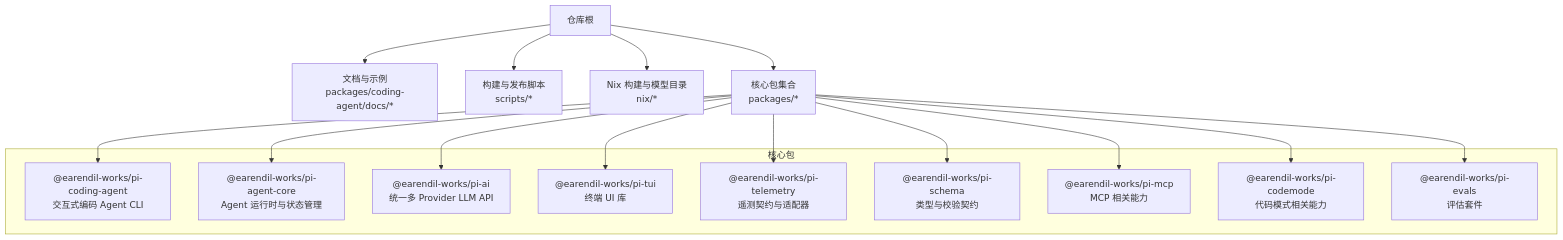
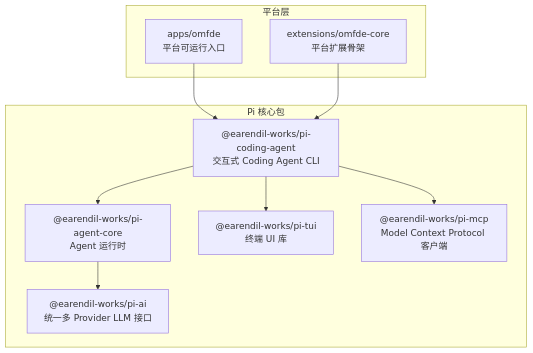
The first of 7 diagrams in .qoder/repowiki/zh/content/项目概述/项目介绍.md (FDE-GROUP/oh-my-coding-agent), drawn with Mermaid before and after one commit. The commit also changed other lines of this file and 755 other files, not shown here.

````diff
--- a/.qoder/repowiki/zh/content/项目概述/项目介绍.md
+++ b/.qoder/repowiki/zh/content/项目概述/项目介绍.md
@@ -65,27 +50,20 @@
 ```mermaid
 graph TB
-Root["仓库根"] --> Docs["文档与示例<br/>packages/coding-agent/docs/*"]
-Root --> Scripts["构建与发布脚本<br/>scripts/*"]
-Root --> Nix["Nix 构建与模型目录<br/>nix/*"]
-Root --> Packages["核心包集合<br/>packages/*"]
-subgraph "核心包"
-A["@earendil-works/pi-coding-agent<br/>交互式编码 Agent CLI"]
-B["@earendil-works/pi-agent-core<br/>Agent 运行时与状态管理"]
-C["@earendil-works/pi-ai<br/>统一多 Provider LLM API"]
-D["@earendil-works/pi-tui<br/>终端 UI 库"]
-E["@earendil-works/pi-telemetry<br/>遥测契约与适配器"]
-F["@earendil-works/pi-schema<br/>类型与校验契约"]
-G["@earendil-works/pi-mcp<br/>MCP 相关能力"]
-H["@earendil-works/pi-codemode<br/>代码模式相关能力"]
-I["@earendil-works/pi-evals<br/>评估套件"]
+subgraph "平台层"
+APP["apps/omfde<br/>平台可运行入口"]
+EXT["extensions/omfde-core<br/>平台扩展骨架"]
 end
-Packages --> A
-Packages --> B
-Packages --> C
-Packages --> D
-Packages --> E
-Packages --> F
-Packages --> G
-Packages --> H
-Packages --> I
+subgraph "Pi 核心包"
+AGENT["@earendil-works/pi-agent-core<br/>Agent 运行时"]
+AI["@earendil-works/pi-ai<br/>统一多 Provider LLM 接口"]
+TUI["@earendil-works/pi-tui<br/>终端 UI 库"]
+MCP["@earendil-works/pi-mcp<br/>Model Context Protocol 客户端"]
+CODING["@earendil-works/pi-coding-agent<br/>交互式 Coding Agent CLI"]
+end
+APP --> CODING
+EXT --> CODING
+CODING --> AGENT
+AGENT --> AI
+CODING --> TUI
+CODING --> MCP
 ```
````
